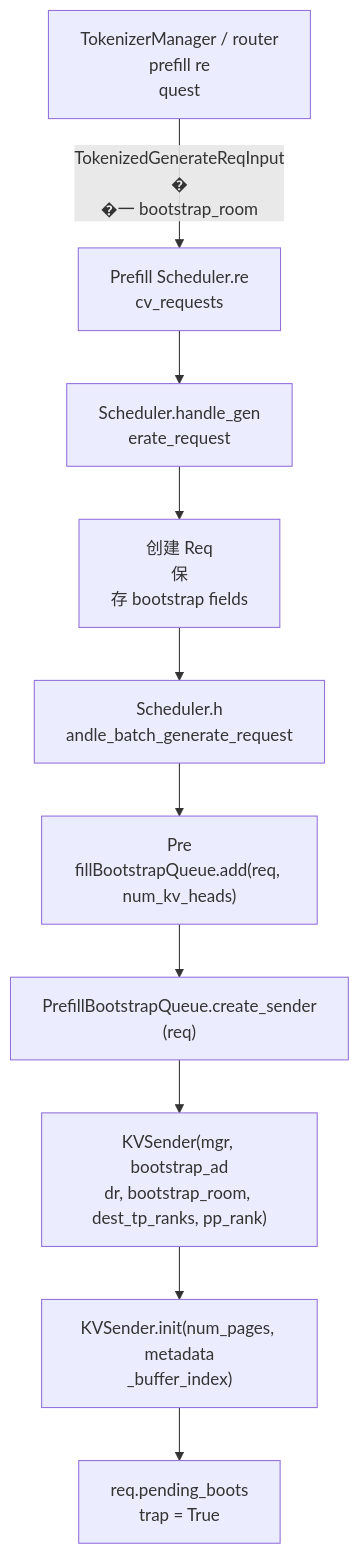
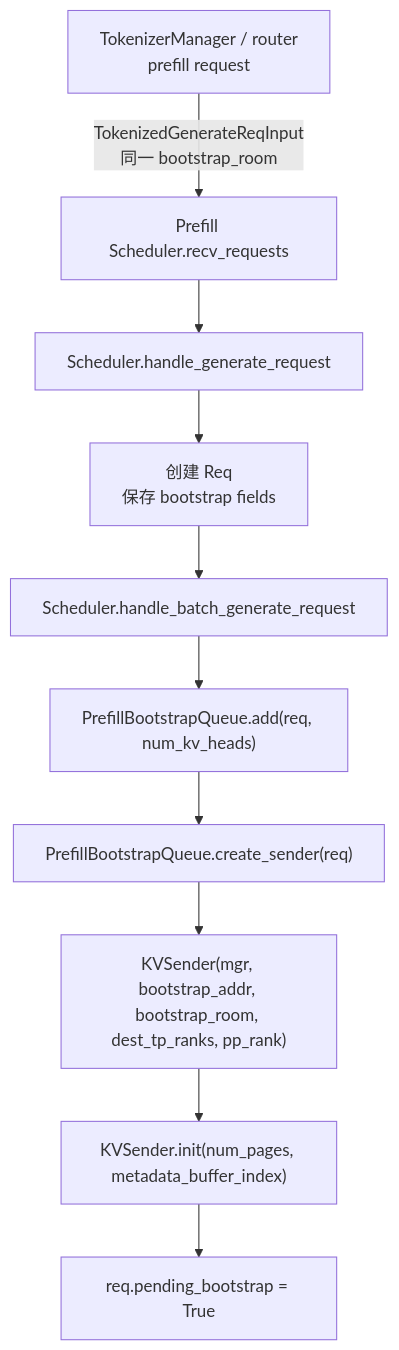
One commit to cl-vv-h/AI_Infra_Tutor_Page changed diagram 16 of 25 in src/data/sglang-content/sglang-source-reading/07-disaggregation-pd.md. Above: the diagram before and after it, drawn with Mermaid. The commit also changed other lines of this file and 25 other files, not shown here.

Commit message:
Fix markdown rendering with react-markdown, add SGLang knowledge graph

````diff
--- a/src/data/sglang-content/sglang-source-reading/07-disaggregation-pd.md
+++ b/src/data/sglang-content/sglang-source-reading/07-disaggregation-pd.md
@@ -1412,26 +704,12 @@
 ```mermaid
 flowchart TD
-
-  A["TokenizerManager / router<br/>prefill re
-quest"] -->|"TokenizedGenerateReqInput<br/>�
-�一 bootstrap_room"| B["Prefill Scheduler.re
-cv_requests"]
-  B --> C["Scheduler.handle_gen
-erate_request"]
-  C --> D["创建 Req<br/>保
-存 bootstrap fields"]
-  D --> E["Scheduler.h
-andle_batch_generate_request"]
-  E --> F["Pre
-fillBootstrapQueue.add(req, num_kv_heads)"]
- 
- F --> G["PrefillBootstrapQueue.create_sender
-(req)"]
-  G --> H["KVSender(mgr, bootstrap_ad
-dr, bootstrap_room, dest_tp_ranks, pp_rank)"]
-
-  H --> I["KVSender.init(num_pages, metadata
-_buffer_index)"]
-  I --> J["req.pending_boots
-trap = True"]
+  A["TokenizerManager / router<br/>prefill request"] -->|"TokenizedGenerateReqInput<br/>同一 bootstrap_room"| B["Prefill Scheduler.recv_requests"]
+  B --> C["Scheduler.handle_generate_request"]
+  C --> D["创建 Req<br/>保存 bootstrap fields"]
+  D --> E["Scheduler.handle_batch_generate_request"]
+  E --> F["PrefillBootstrapQueue.add(req, num_kv_heads)"]
+  F --> G["PrefillBootstrapQueue.create_sender(req)"]
+  G --> H["KVSender(mgr, bootstrap_addr, bootstrap_room, dest_tp_ranks, pp_rank)"]
+  H --> I["KVSender.init(num_pages, metadata_buffer_index)"]
+  I --> J["req.pending_bootstrap = True"]
 ```
````
